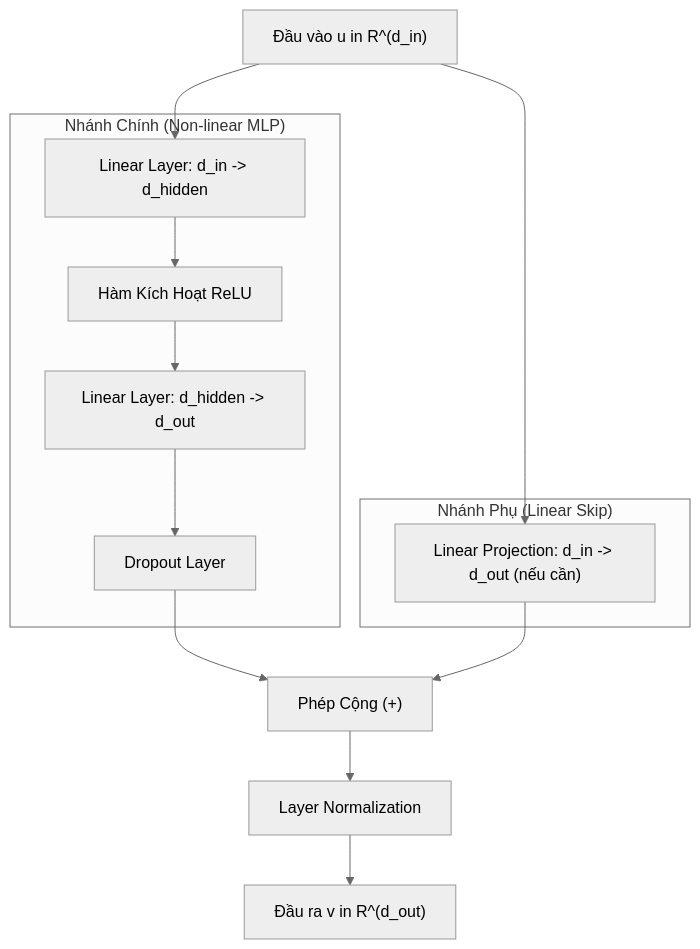
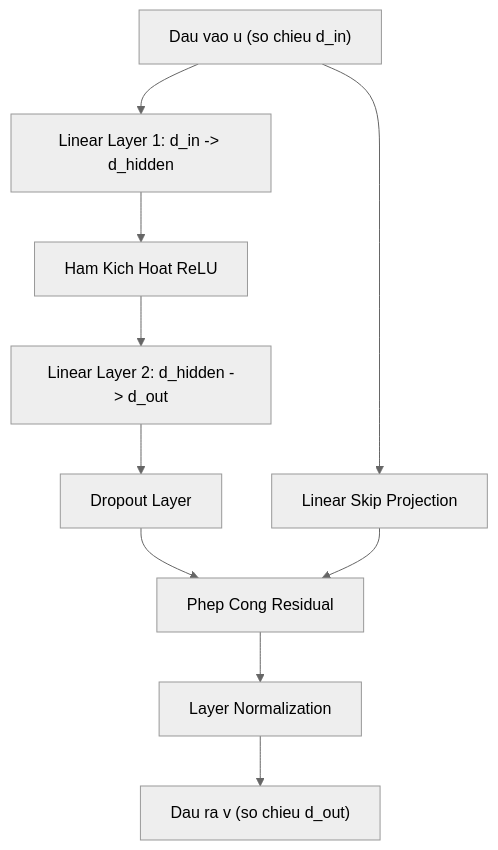
One commit to snowflake-vibing/Project-Experimental-TiDE changed the first of 3 diagrams in doc/04_model_architecture.md. Above: the diagram before and after it, drawn with Mermaid (neutral theme). The commit also changed other lines of this file and 4 other files, not shown here.

Commit message:
fix(docs): format equations and Mermaid in ch3 & ch4, add Feynman glossary for dynamic covariates

````diff
--- a/doc/04_model_architecture.md
+++ b/doc/04_model_architecture.md
@@ -17,23 +17,22 @@
 ```mermaid
 flowchart TD
-    In["Đầu vào u in R^(d_in)"]
-    
-    subgraph MainBranch["Nhánh Chính (Non-linear MLP)"]
-        L1["Linear Layer: d_in -> d_hidden"]
-        Act["Hàm Kích Hoạt ReLU"]
-        L2["Linear Layer: d_hidden -> d_out"]
-        Drop["Dropout Layer"]
-        L1 --> Act --> L2 --> Drop
-    end
-
-    subgraph SkipBranch["Nhánh Phụ (Linear Skip)"]
-        Skip["Linear Projection: d_in -> d_out (nếu cần)"]
-    end
+    In["Dau vao u (so chieu d_in)"]
+    L1["Linear Layer 1: d_in -> d_hidden"]
+    Act["Ham Kich Hoat ReLU"]
+    L2["Linear Layer 2: d_hidden -> d_out"]
+    Drop["Dropout Layer"]
+    Skip["Linear Skip Projection"]
+    Add["Phep Cong Residual"]
+    LN["Layer Normalization"]
+    Out["Dau ra v (so chieu d_out)"]
 
     In --> L1
+    L1 --> Act
+    Act --> L2
+    L2 --> Drop
+    Drop --> Add
     In --> Skip
-    Drop --> Add["Phép Cộng (+)"]
     Skip --> Add
-    Add --> LN["Layer Normalization"]
-    LN --> Out["Đầu ra v in R^(d_out)"]
+    Add --> LN
+    LN --> Out
 ```
````
